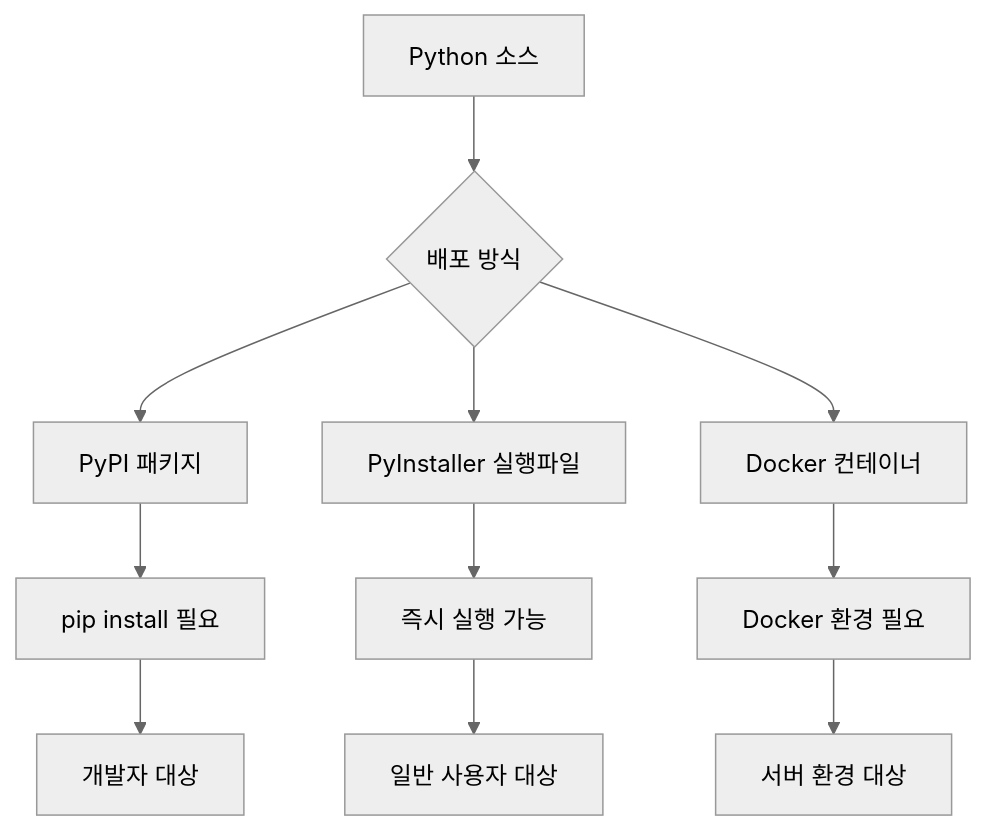
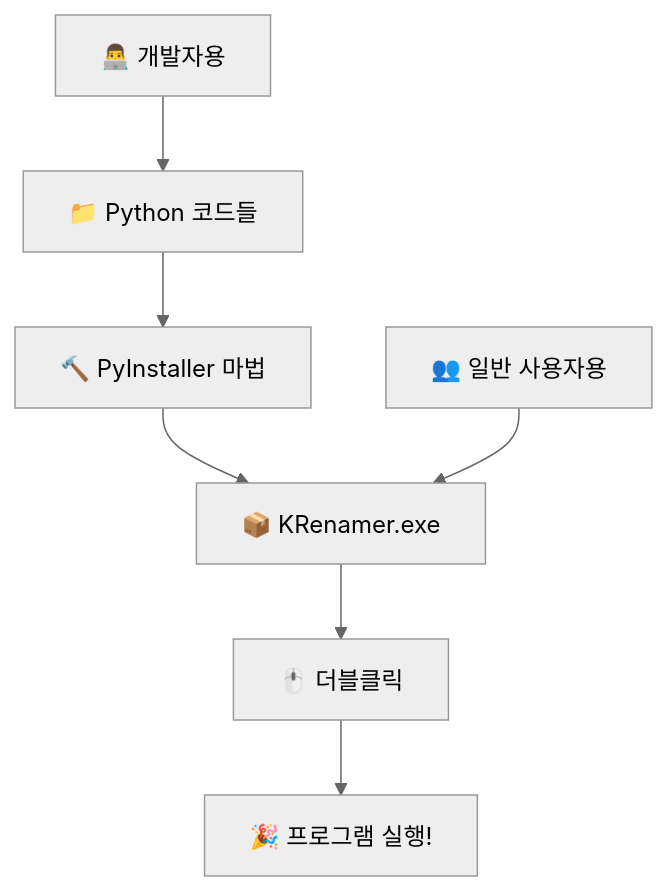
The diagram in docs/chapter12.md (geniuskey/krenamer), drawn with Mermaid (neutral theme) before and after one commit. The commit also changed other lines of this file and 57 other files, not shown here.

````diff
--- a/docs/chapter12.md
+++ b/docs/chapter12.md
@@ -28,15 +53,10 @@
 ```mermaid
 graph TD
-    A[Python 소스] --> B{배포 방식}
-    B --> C[PyPI 패키지]
-    B --> D[PyInstaller 실행파일]
-    B --> E[Docker 컨테이너]
+    A["📁 Python 코드들"] --> B["🔨 PyInstaller 마법"]
+    B --> C["📦 KRenamer.exe"]
+    C --> D["🖱️ 더블클릭"]
+    D --> E["🎉 프로그램 실행!"]
     
-    C --> F[pip install 필요]
-    D --> G[즉시 실행 가능]
-    E --> H[Docker 환경 필요]
-    
-    F --> I[개발자 대상]
-    G --> J[일반 사용자 대상]
-    H --> K[서버 환경 대상]
+    F["👨‍💻 개발자용"] --> A
+    G["👥 일반 사용자용"] --> C
 ```
````
